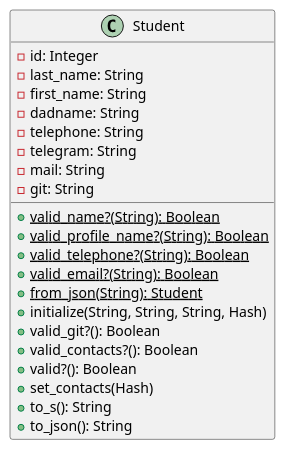
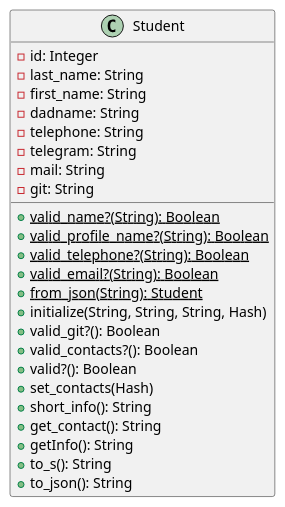
Before and after one commit to KREEAL/RubyLabs: the diagram in LR2/StudentClassDiagram.puml, drawn with PlantUML. The commit also changed 3 other files, not shown here.

Commit message:
Сделан тот самый getInfo с подразбиением методов

```diff
--- a/LR2/StudentClassDiagram.puml
+++ b/LR2/StudentClassDiagram.puml
@@ -1,26 +1,29 @@
 @startuml
 'https://plantuml.com/class-diagram
 
 class Student {
     -id: Integer
     -last_name: String
     -first_name: String
     -dadname: String
     -telephone: String
     -telegram: String
     -mail: String
     -git: String
     +{static}valid_name?(String): Boolean
     +{static}valid_profile_name?(String): Boolean
     +{static}valid_telephone?(String): Boolean
     +{static}valid_email?(String): Boolean
     +{static}from_json(String): Student
     +initialize(String, String, String, Hash)
     +valid_git?(): Boolean
     +valid_contacts?(): Boolean
     +valid?(): Boolean
     +set_contacts(Hash)
+    +short_info(): String
+    +get_contact(): String
+    +getInfo(): String
     +to_s(): String
     +to_json(): String
 }
 @enduml
```
